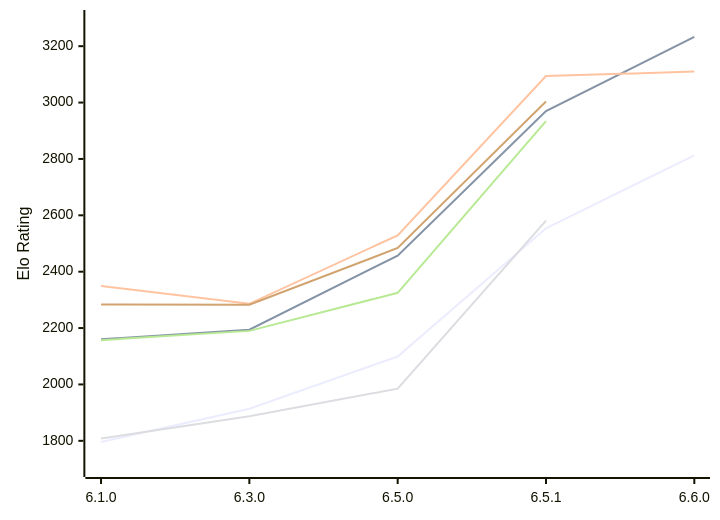
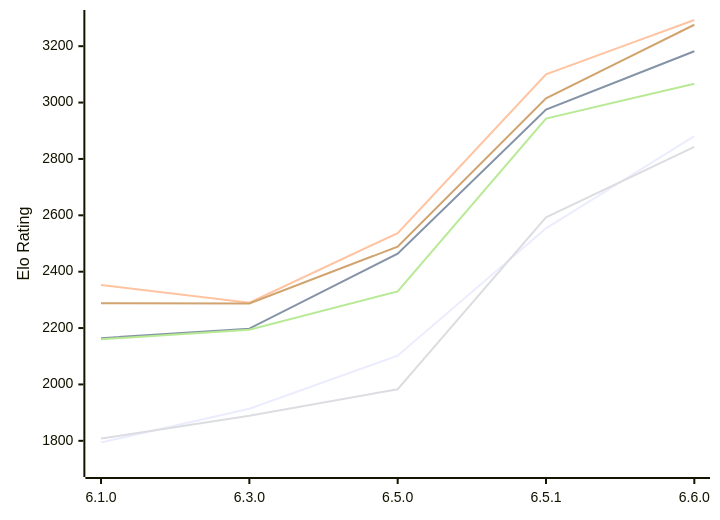
One commit to computer-chess-index/cci changed the diagram in engines/Luminex.md. Above: the diagram before and after it, drawn with Mermaid. The commit also changed other lines of this file, not shown here.

Commit message:
Update CCI Ratings (ELO VLTC) - 2026-11-16

````diff
--- a/engines/Luminex.md
+++ b/engines/Luminex.md
@@ -54,12 +55,12 @@
 ```mermaid
 %%{init: {"theme":"base","themeVariables":{"seriesColors:['#a3a3a3','#222221','#faa371']}}}%%
 xychart-beta
   x-axis ["6.1.0", "6.3.0", "6.5.0", "6.5.1", "6.6.0"]
   y-axis "Elo Rating" 1700 --> 3300
-  line "E1: STC (8.0+0.08s)" [1796, 1914, 2099, 2554, 2813]
-  line "E1: LTC (60.0+0.60s)" [2160, 2194, 2457, 2970, 3233]
-  line "E1: VLTC (2m24s+1.12s)" [2349, 2286, 2529, 3094, 3110]
-  line "P1: STC (8.0+0.08s)" [1808, 1887, 1985, 2581]
-  line "P1: LTC (60.0+0.60s)" [2157, 2190, 2325, 2934]
-  line "P1: VLTC (2m24s+1.12s)" [2284, 2283, 2484, 3004]
+  line "E1: STC (8.0+0.08s)" [1794, 1914, 2102, 2554, 2881]
+  line "E1: LTC (60.0+0.60s)" [2164, 2198, 2464, 2975, 3182]
+  line "E1: VLTC (2m24s+1.12s)" [2353, 2290, 2537, 3100, 3293]
+  line "P1: STC (8.0+0.08s)" [1808, 1889, 1983, 2593, 2843]
+  line "P1: LTC (60.0+0.60s)" [2160, 2194, 2330, 2943, 3067]
+  line "P1: VLTC (2m24s+1.12s)" [2288, 2287, 2489, 3015, 3276]
 ```
````
